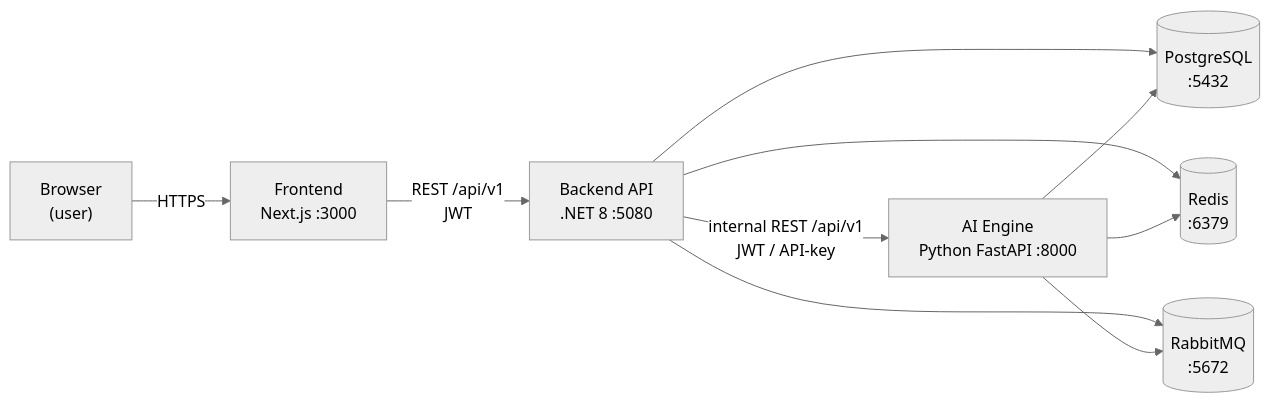
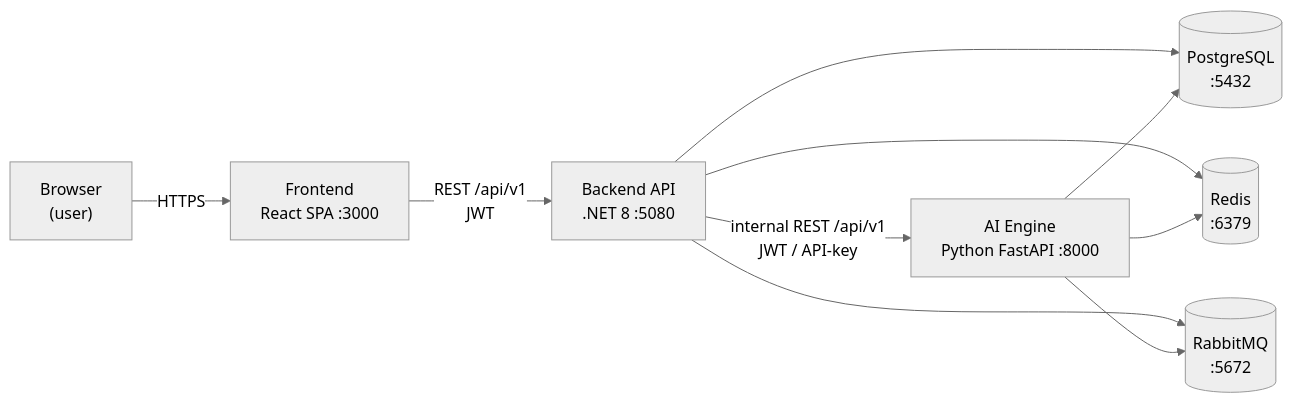
The first of 2 diagrams in docs/DEVELOPER_GUIDE.md (004-rahul/Project-ZERO), drawn with Mermaid (neutral theme) before and after one commit. The commit also changed other lines of this file and 15 other files, not shown here.

````diff
--- a/docs/DEVELOPER_GUIDE.md
+++ b/docs/DEVELOPER_GUIDE.md
@@ -23,12 +35,12 @@
 ```mermaid
 flowchart LR
-    U["Browser<br/>(user)"] -->|HTTPS| FE["Frontend<br/>Next.js :3000"]
+    U["Browser<br/>(user)"] -->|HTTPS| FE["Frontend<br/>React SPA :3000"]
     FE -->|"REST /api/v1<br/>JWT"| API["Backend API<br/>.NET 8 :5080"]
     API -->|"internal REST /api/v1<br/>JWT / API-key"| AI["AI Engine<br/>Python FastAPI :8000"]
     API --> PG[("PostgreSQL<br/>:5432")]
     API --> RD[("Redis<br/>:6379")]
     API --> MQ[("RabbitMQ<br/>:5672")]
     AI --> PG
     AI --> RD
     AI --> MQ
 ```
````
